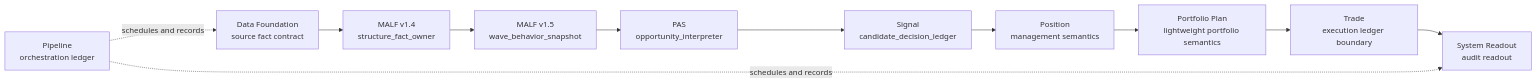
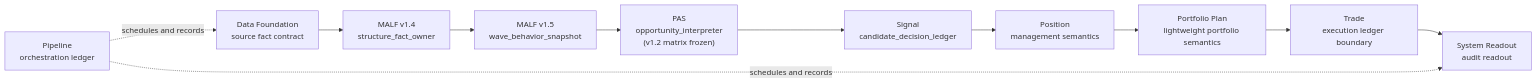
One commit to everything-is-simple/Malf-Pas changed the diagram in docs/01-architecture/00-mainline-authoritative-map-v1.md. Above: the diagram before and after it, drawn with Mermaid. The commit also changed other lines of this file and 30 other files, not shown here.

````diff
--- a/docs/01-architecture/00-mainline-authoritative-map-v1.md
+++ b/docs/01-architecture/00-mainline-authoritative-map-v1.md
@@ -13,13 +13,13 @@
 ```mermaid
 flowchart LR
     A["Data Foundation\nsource fact contract"] --> B["MALF v1.4\nstructure_fact_owner"]
     B --> B2["MALF v1.5\nwave_behavior_snapshot"]
-    B2 --> C["PAS\nopportunity_interpreter"]
+    B2 --> C["PAS\nopportunity_interpreter\n(v1.2 matrix frozen)"]
     C --> D["Signal\ncandidate_decision_ledger"]
     D --> E["Position\nmanagement semantics"]
     E --> F["Portfolio Plan\nlightweight portfolio semantics"]
     F --> G["Trade\nexecution ledger boundary"]
     G --> H["System Readout\naudit readout"]
     I["Pipeline\norchestration ledger"] -. schedules and records .-> A
     I -. schedules and records .-> H
 ```
````
